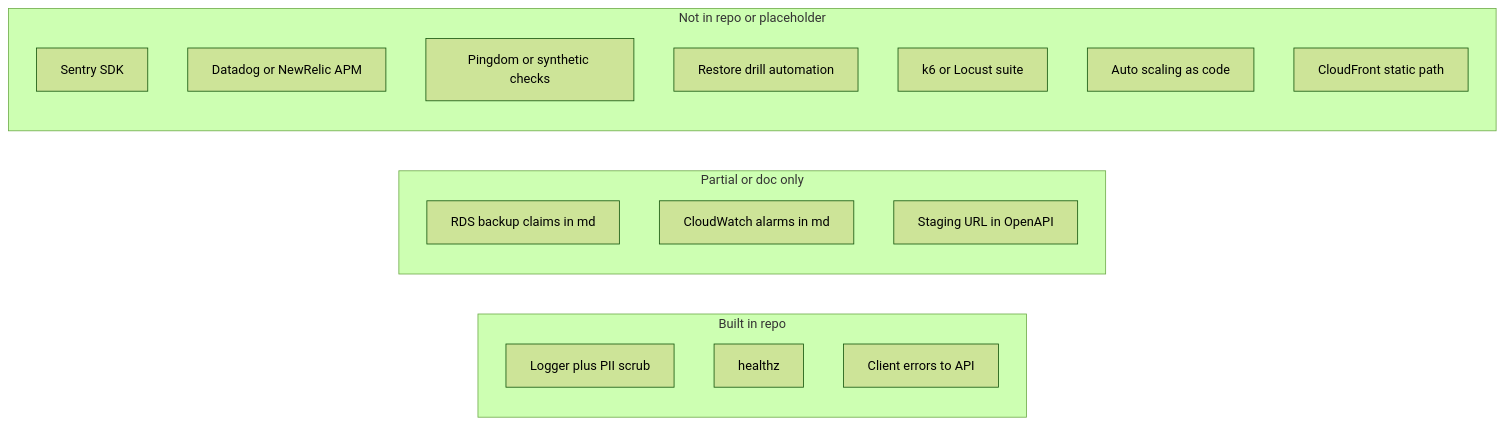
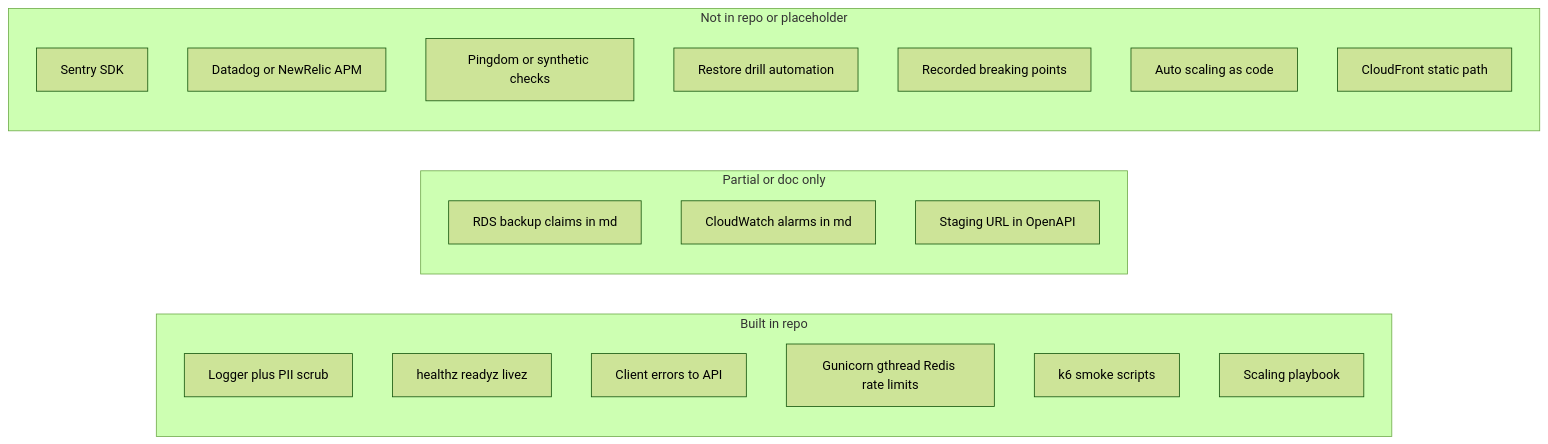
Before and after one commit to SilverKeyDev/prod: the diagram in documentation/server/infrastructure-reliability-gap-audit.md, drawn with Mermaid (forest theme). The commit also changed other lines of this file and 289 other files, not shown here.

````diff
--- a/documentation/server/infrastructure-reliability-gap-audit.md
+++ b/documentation/server/infrastructure-reliability-gap-audit.md
@@ -37,22 +40,25 @@
 ```mermaid
 flowchart LR
   subgraph built [Built in repo]
     logPII[Logger plus PII scrub]
-    healthz[healthz]
+    healthz[healthz readyz livez]
     clientErr[Client errors to API]
+    scalePrep[Gunicorn gthread Redis rate limits]
+    loadSmoke[k6 smoke scripts]
+    scaleDoc[Scaling playbook]
   end
   subgraph partial [Partial or doc only]
     rdsDoc[RDS backup claims in md]
     cwDoc[CloudWatch alarms in md]
     stagingUrl[Staging URL in OpenAPI]
   end
   subgraph notRepo [Not in repo or placeholder]
     sentry[Sentry SDK]
     apm[Datadog or NewRelic APM]
     uptime[Pingdom or synthetic checks]
     restoreTest[Restore drill automation]
-    loadtest[k6 or Locust suite]
+    loadBaseline[Recorded breaking points]
     asg[Auto scaling as code]
     cdn[CloudFront static path]
   end
 ```
````
